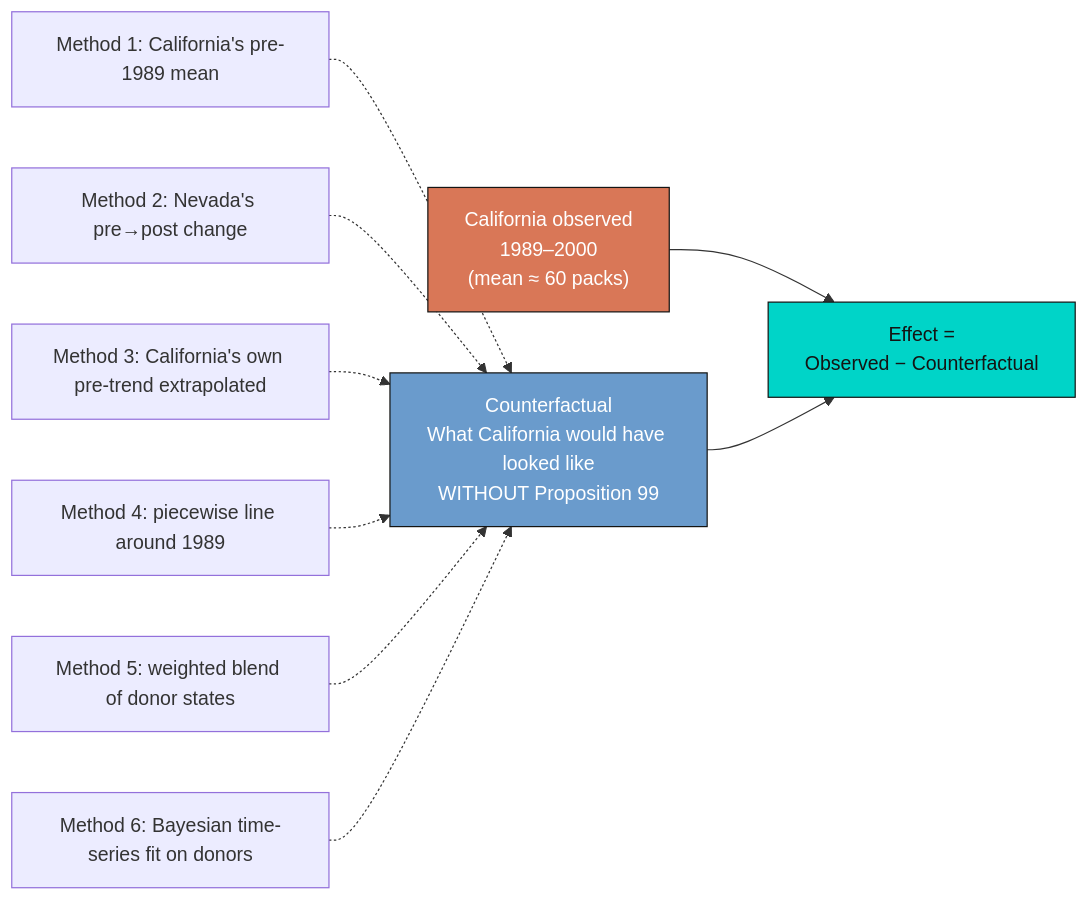
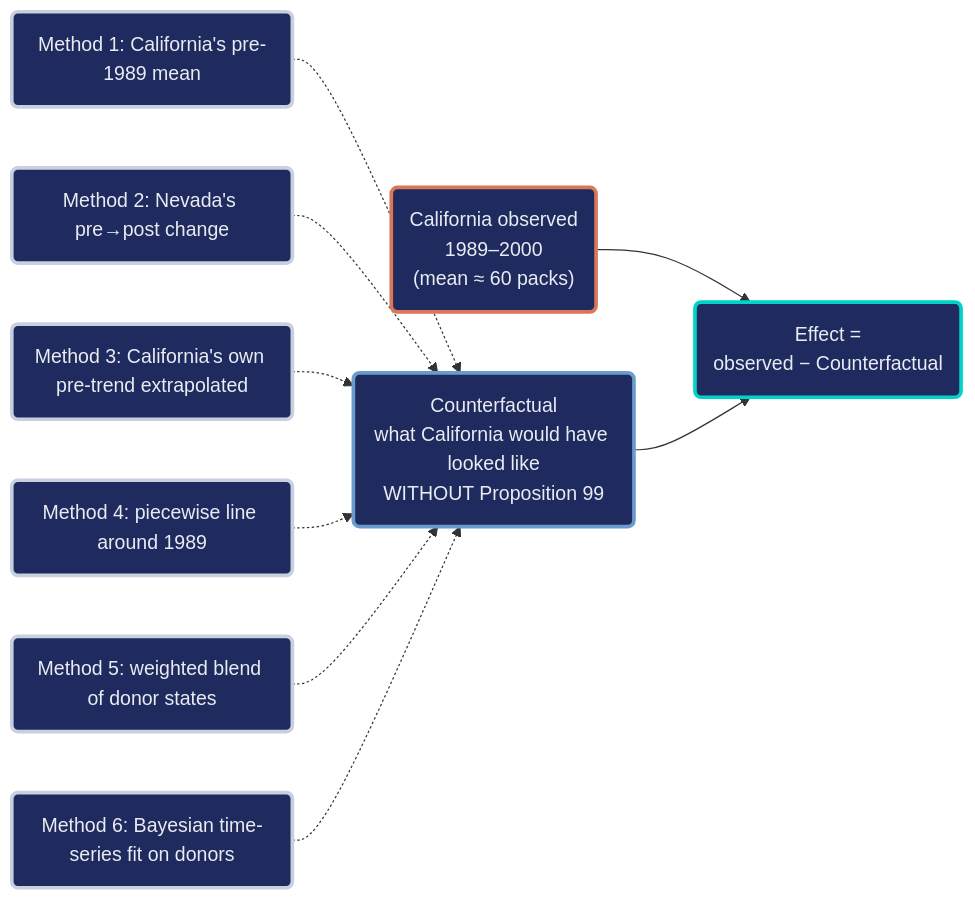
One commit to cmg777/starter-academic-v501 changed the first of 5 diagrams in content/post/r_causalpolicy_workshop/tutorial.qmd. Above: the diagram before and after it, drawn with Mermaid. The commit also changed other lines of this file and 42 other files, not shown here.

First line of the commit message:
content(mermaid): restyle Mermaid copies in tutorial sources and the LaLonde slide deck

````diff
--- a/content/post/r_causalpolicy_workshop/tutorial.qmd
+++ b/content/post/r_causalpolicy_workshop/tutorial.qmd
@@ -69,19 +69,23 @@
 ```{mermaid}
 flowchart LR
-    OBS["California observed<br/>1989–2000<br/>(mean ≈ 60 packs)"]
-    CF["Counterfactual<br/>What California would have looked like<br/>WITHOUT Proposition 99"]
-    EFF["Effect =<br/>Observed − Counterfactual"]
+    OBS("California observed<br/>1989–2000<br/>(mean ≈ 60 packs)")
+    CF("Counterfactual<br/>what California would have looked like<br/>WITHOUT Proposition 99")
+    EFF("Effect =<br/>observed − Counterfactual")
     OBS --> EFF
     CF --> EFF
 
-    SRC1["Method 1: California's pre-1989 mean"] -.-> CF
-    SRC2["Method 2: Nevada's pre→post change"] -.-> CF
-    SRC3["Method 3: California's own pre-trend extrapolated"] -.-> CF
-    SRC4["Method 4: piecewise line around 1989"] -.-> CF
-    SRC5["Method 5: weighted blend of donor states"] -.-> CF
-    SRC6["Method 6: Bayesian time-series fit on donors"] -.-> CF
-
-    style OBS fill:#d97757,stroke:#141413,color:#fff
-    style CF fill:#6a9bcc,stroke:#141413,color:#fff
-    style EFF fill:#00d4c8,stroke:#141413,color:#141413
+    SRC1("Method 1: California's pre-1989 mean") -.-> CF
+    SRC2("Method 2: Nevada's pre→post change") -.-> CF
+    SRC3("Method 3: California's own pre-trend extrapolated") -.-> CF
+    SRC4("Method 4: piecewise line around 1989") -.-> CF
+    SRC5("Method 5: weighted blend of donor states") -.-> CF
+    SRC6("Method 6: Bayesian time-series fit on donors") -.-> CF
+    classDef orange fill:#1f2b5e,stroke:#d97757,stroke-width:3px,color:#e8ecf2
+    classDef blue fill:#1f2b5e,stroke:#6a9bcc,stroke-width:3px,color:#e8ecf2
+    classDef teal fill:#1f2b5e,stroke:#00d4c8,stroke-width:3px,color:#e8ecf2
+    classDef gray fill:#1f2b5e,stroke:#c8d0e0,stroke-width:3px,color:#e8ecf2
+    class OBS orange
+    class CF blue
+    class EFF teal
+    class SRC1,SRC2,SRC3,SRC4,SRC5,SRC6 gray
 ```
````
